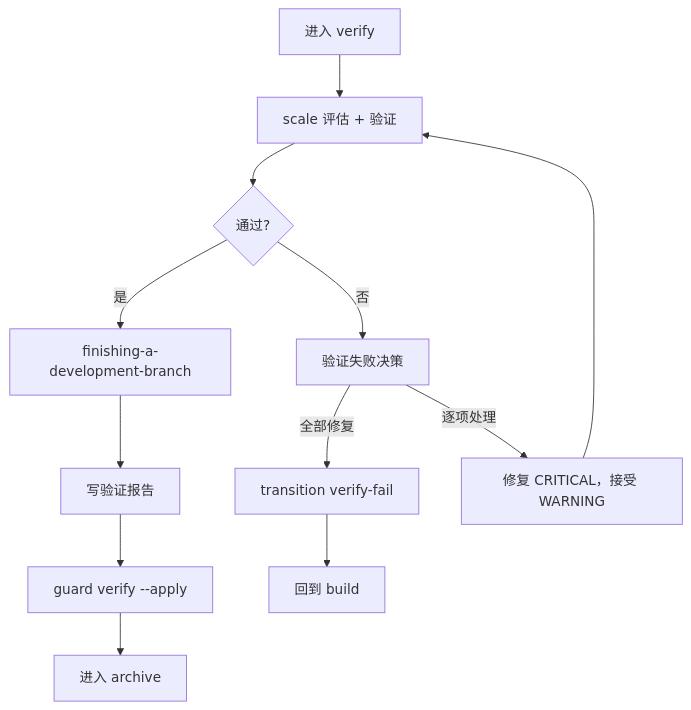
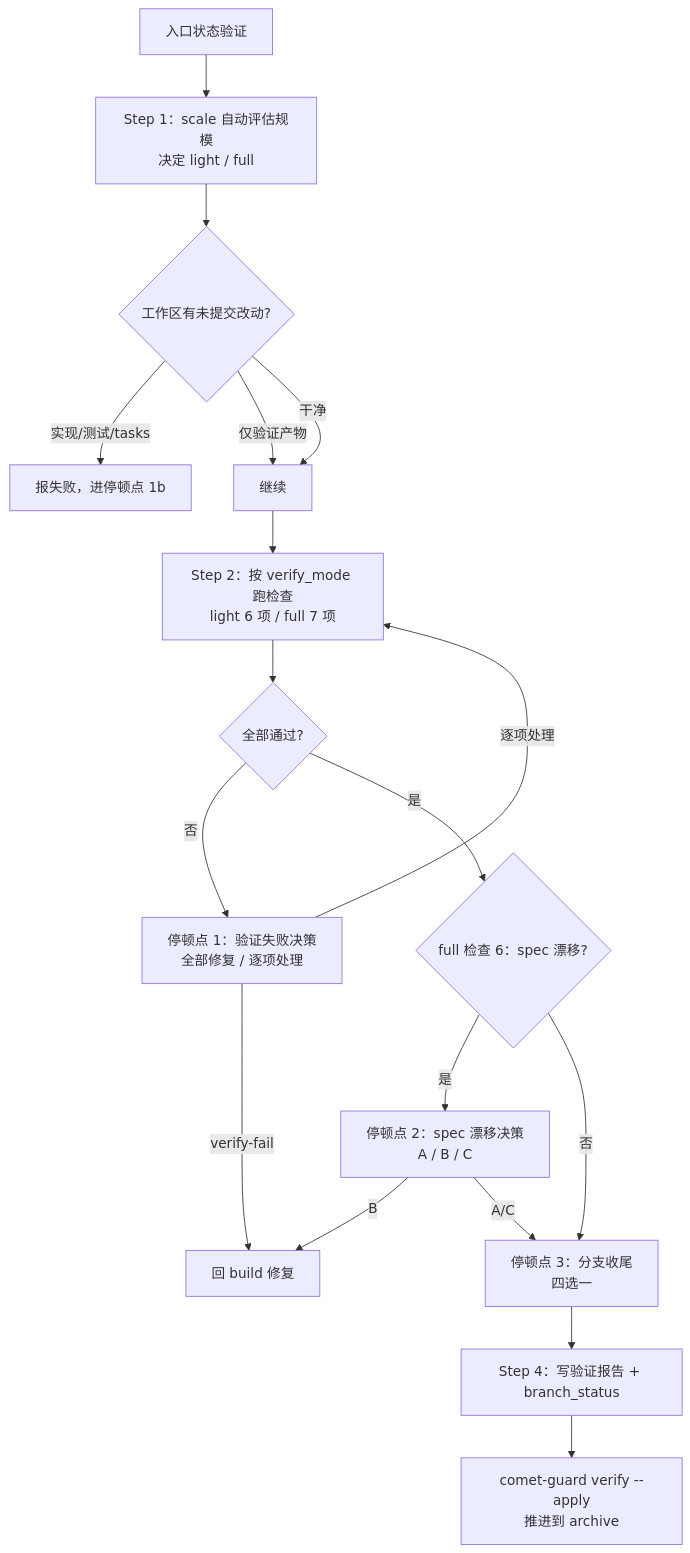
One commit to rpamis/comet-website-docs changed the diagram in zh/phases/verify.mdx. Above: the diagram before and after it, drawn with Mermaid. The commit also changed other lines of this file and 4 other files, not shown here.

````diff
--- a/zh/phases/verify.mdx
+++ b/zh/phases/verify.mdx
@@ -137,14 +35,20 @@
 ```mermaid
 flowchart TD
-  A["进入 verify"] --> B["scale 评估 + 验证"]
-  B --> C{"通过?"}
-  C -->|是| D["finishing-a-development-branch"]
-  D --> E["写验证报告"]
-  E --> F["guard verify --apply"]
-  F --> G["进入 archive"]
-  C -->|否| H["验证失败决策"]
-  H -->|全部修复| I["transition verify-fail"]
-  I --> J["回到 build"]
-  H -->|逐项处理| K["修复 CRITICAL，接受 WARNING"]
-  K --> B
+    Entry["入口状态验证"] --> Scale["Step 1：scale 自动评估规模<br/>决定 light / full"]
+    Scale --> Dirty{"工作区有未提交改动?"}
+    Dirty -->|实现/测试/tasks| Fail1b["报失败，进停顿点 1b"]
+    Dirty -->|仅验证产物| Cont["继续"]
+    Dirty -->|干净| Cont
+    Cont --> Check["Step 2：按 verify_mode 跑检查<br/>light 6 项 / full 7 项"]
+    Check --> Pass{"全部通过?"}
+    Pass -->|否| Stop1b["停顿点 1：验证失败决策<br/>全部修复 / 逐项处理"]
+    Pass -->|是| Drift{"full 检查 6：spec 漂移?"}
+    Stop1b -->|verify-fail| Build["回 build 修复"]
+    Stop1b -->|逐项处理| Check
+    Drift -->|是| Stop2b["停顿点 2：spec 漂移决策<br/>A / B / C"]
+    Drift -->|否| Stop3["停顿点 3：分支收尾<br/>四选一"]
+    Stop2b -->|B| Build
+    Stop2b -->|A/C| Stop3
+    Stop3 --> Record["Step 4：写验证报告 + branch_status"]
+    Record --> Exit["comet-guard verify --apply<br/>推进到 archive"]
 ```
````
